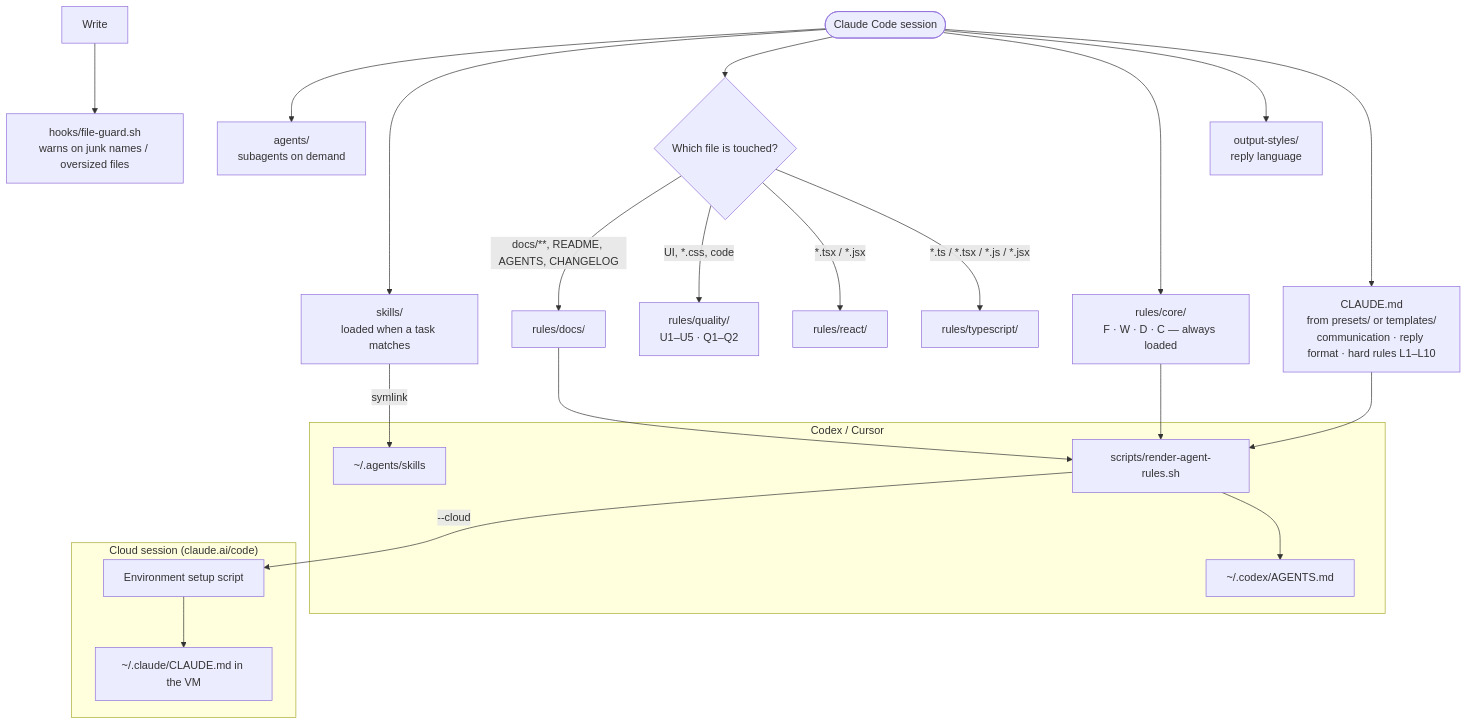
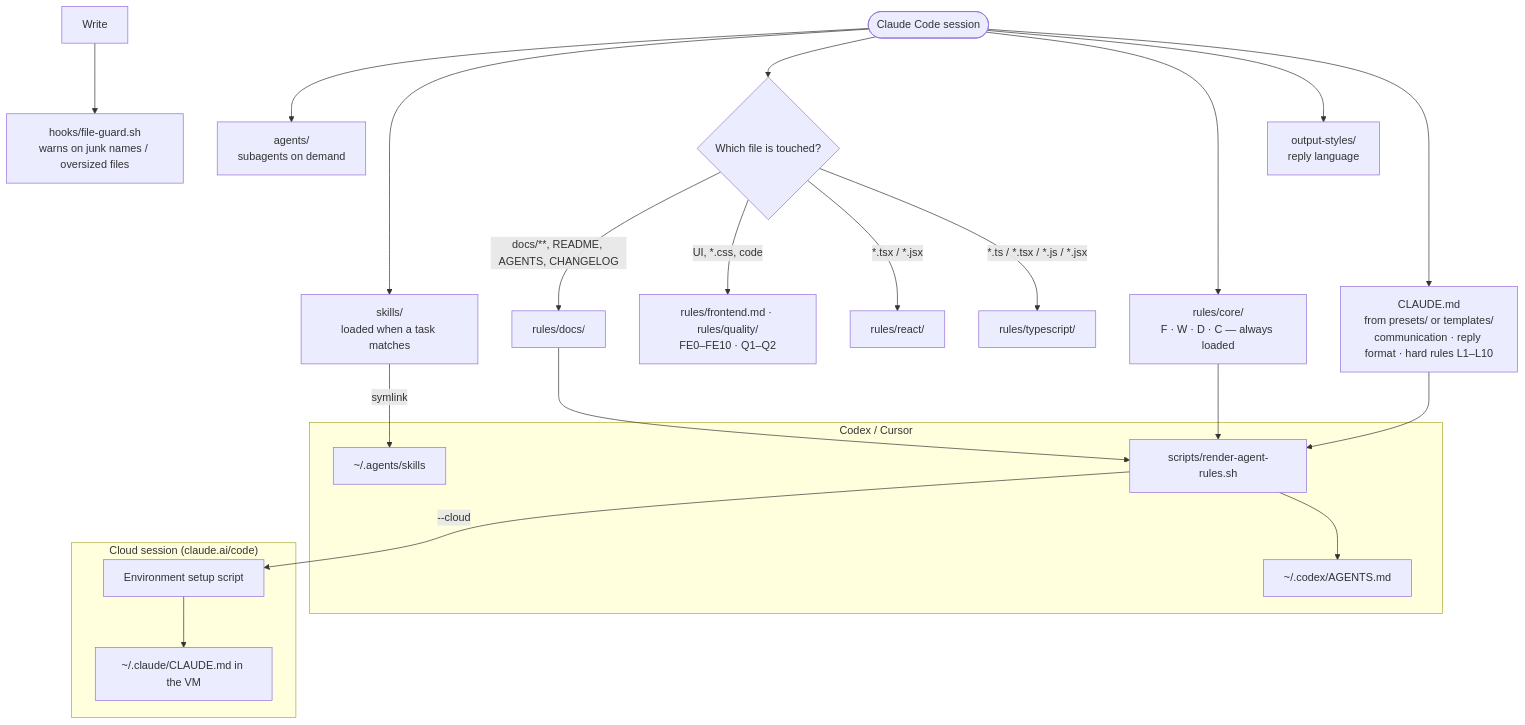
Before and after one commit to mxrsv/agents-skills: the first of 2 diagrams in README.en.md, drawn with Mermaid. The commit also changed other lines of this file and 113 other files, not shown here.

First line of the commit message:
feat(rules): rewrite the frontend rules from the owner's interview and prompt history

````diff
--- a/README.en.md
+++ b/README.en.md
@@ -7,24 +7,24 @@
 ```mermaid
 flowchart TD
     S([Claude Code session]) --> A["CLAUDE.md<br/>from presets/ or templates/<br/>communication · reply format · hard rules L1–L10"]
     S --> O["output-styles/<br/>reply language"]
     S --> C["rules/core/<br/>F · W · D · C — always loaded"]
     S --> T{"Which file is touched?"}
     T -- "*.ts / *.tsx / *.js / *.jsx" --> TS["rules/typescript/"]
     T -- "*.tsx / *.jsx" --> R["rules/react/"]
-    T -- "UI, *.css, code" --> Q["rules/quality/<br/>U1–U5 · Q1–Q2"]
+    T -- "UI, *.css, code" --> Q["rules/frontend.md · rules/quality/<br/>FE0–FE10 · Q1–Q2"]
     T -- "docs/**, README, AGENTS, CHANGELOG" --> D["rules/docs/"]
     S --> K["skills/<br/>loaded when a task matches"]
     S --> AG["agents/<br/>subagents on demand"]
     WR["Write"] --> H["hooks/file-guard.sh<br/>warns on junk names / oversized files"]
     subgraph CX["Codex / Cursor"]
         G["scripts/render-agent-rules.sh"] --> X["~/.codex/AGENTS.md"]
         L["~/.agents/skills"]
     end
     subgraph CL["Cloud session (claude.ai/code)"]
         SS["Environment setup script"] --> CM["~/.claude/CLAUDE.md in the VM"]
     end
     A & C & D --> G
     G -- "--cloud" --> SS
     K -- symlink --> L
 ```
````
